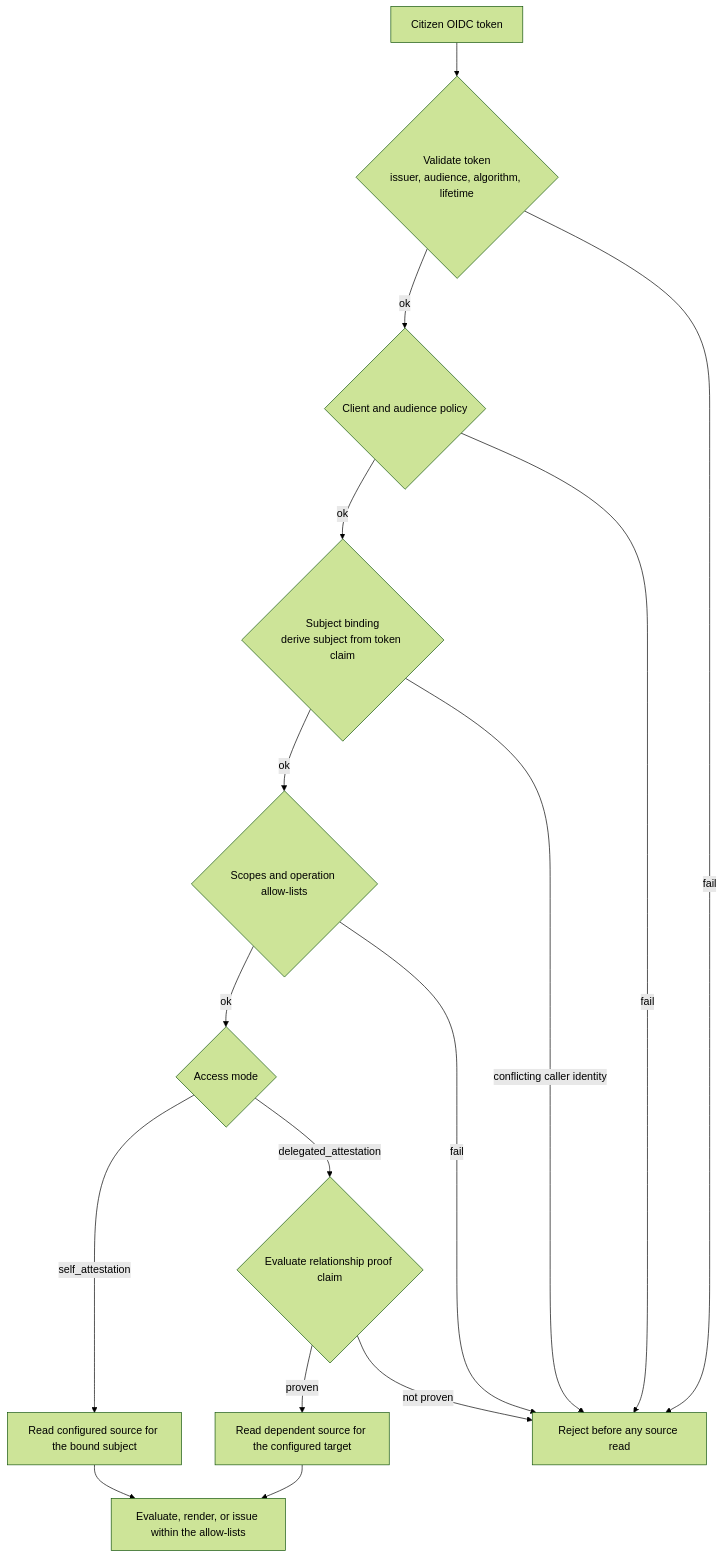
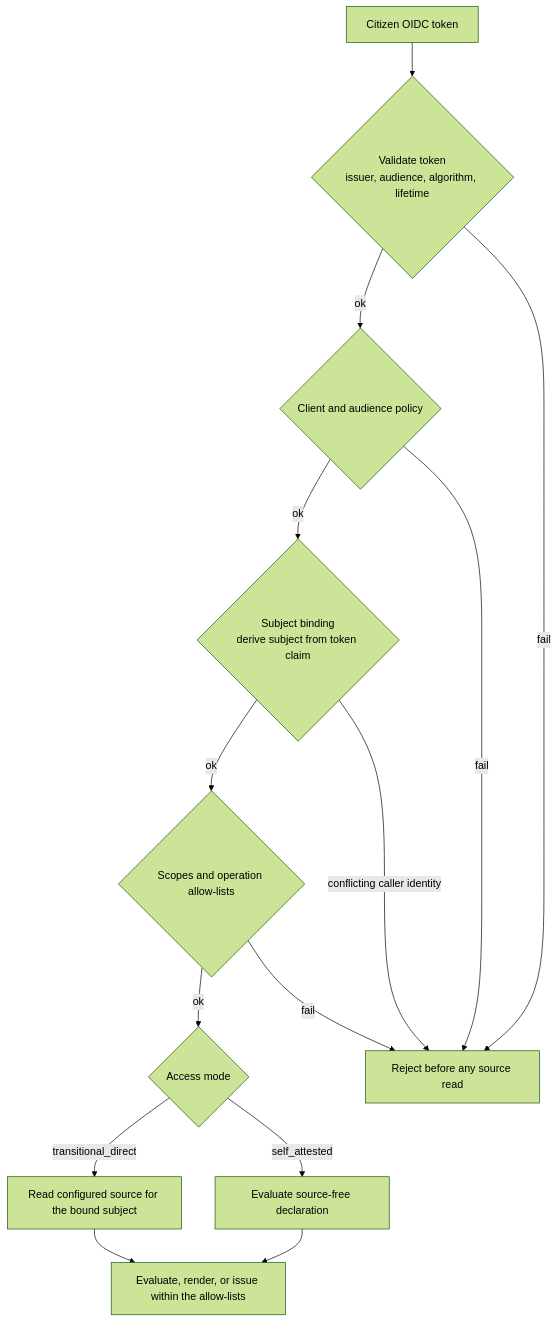
One commit to registrystack/registry-stack changed the diagram in products/notary/docs/self-attestation-operator-guide.md. Above: the diagram before and after it, drawn with Mermaid (forest theme). The commit also changed other lines of this file and 138 other files, not shown here.

````diff
--- a/products/notary/docs/self-attestation-operator-guide.md
+++ b/products/notary/docs/self-attestation-operator-guide.md
@@ -29,18 +32,16 @@
 ```mermaid
 flowchart TD
   Tok["Citizen OIDC token"] --> V{"Validate token<br/>issuer, audience, algorithm, lifetime"}
   V -- "ok" --> C{"Client and audience policy"}
   C -- "ok" --> S{"Subject binding<br/>derive subject from token claim"}
   S -- "ok" --> Sc{"Scopes and operation allow-lists"}
   Sc -- "ok" --> M{"Access mode"}
-  M -- "self_attestation" --> Read["Read configured source for the bound subject"]
-  M -- "delegated_attestation" --> P{"Evaluate relationship proof claim"}
-  P -- "proven" --> ReadDep["Read dependent source for the configured target"]
+  M -- "transitional_direct" --> Read["Read configured source for the bound subject"]
+  M -- "self_attested" --> SourceFree["Evaluate source-free declaration"]
   Read --> Op["Evaluate, render, or issue within the allow-lists"]
-  ReadDep --> Op
+  SourceFree --> Op
   V -- "fail" --> X["Reject before any source read"]
   C -- "fail" --> X
   S -- "conflicting caller identity" --> X
   Sc -- "fail" --> X
-  P -- "not proven" --> X
 ```
````
